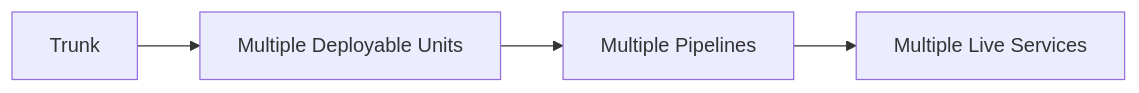
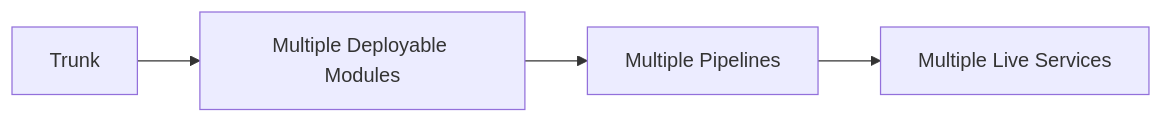
Before and after one commit to ready-to-release/eac: the second of 3 diagrams in docs/explanation/continuous-delivery/core-concepts/unit-of-flow.md, drawn with Mermaid. The commit also changed other lines of this file and 32 other files, not shown here.

````diff
--- a/docs/explanation/continuous-delivery/core-concepts/unit-of-flow.md
+++ b/docs/explanation/continuous-delivery/core-concepts/unit-of-flow.md
@@ -300,6 +300,6 @@
 ```mermaid
 flowchart LR
-    TR[Trunk] --> DU[Multiple Deployable Units]
+    TR[Trunk] --> DU[Multiple Deployable Modules]
     DU --> PP[Multiple Pipelines]
     PP --> LS[Multiple Live Services]
 ```
````
